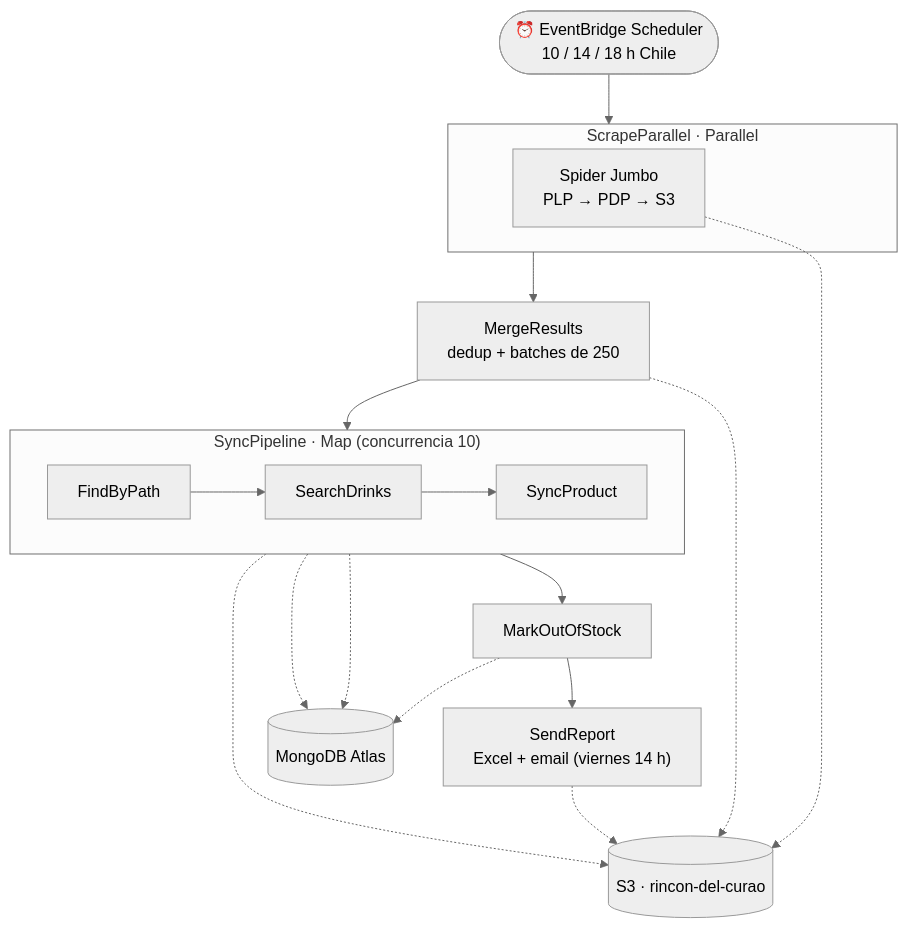
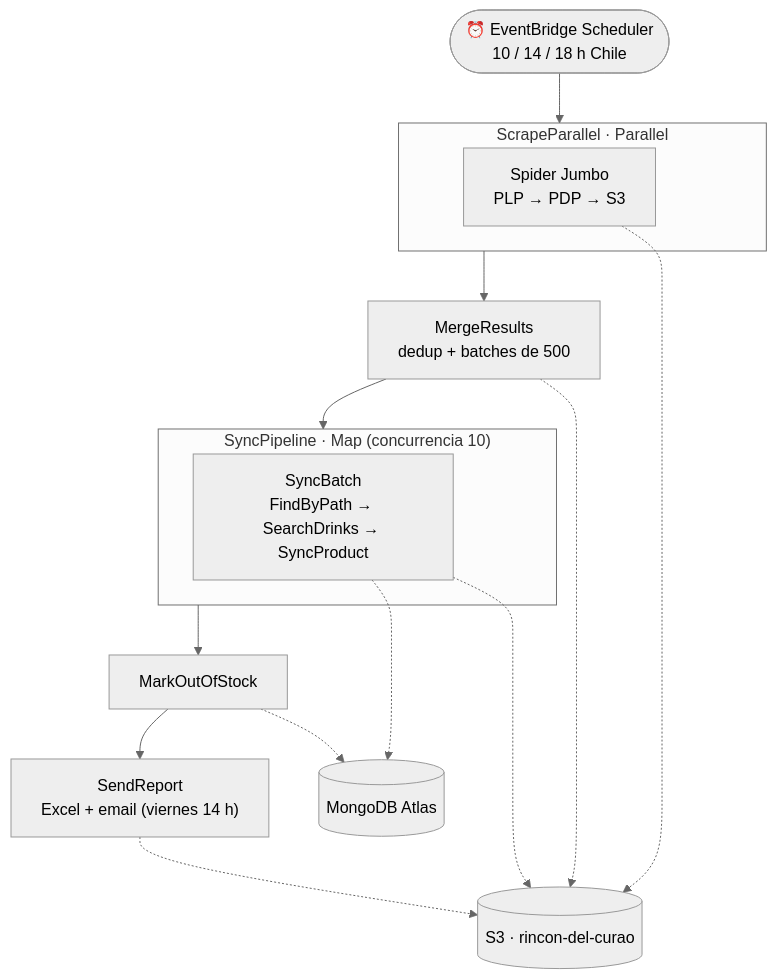
The first of 2 diagrams in README.md (Unnunoctio/rdc-scraper), drawn with Mermaid (neutral theme) before and after one commit. The commit also changed other lines of this file and 17 other files, not shown here.

First line of the commit message:
refactor: ♻️ unifica el Map del SyncPipeline en un solo Lambda SyncBatch

````diff
--- a/README.md
+++ b/README.md
@@ -25,30 +25,28 @@
 ```mermaid
 flowchart TB
     sched(["⏰ EventBridge Scheduler<br/>10 / 14 / 18 h Chile"]) --> SP
 
     subgraph SP["ScrapeParallel · Parallel"]
         jumbo["Spider Jumbo<br/>PLP → PDP → S3"]
     end
 
-    SP --> MR["MergeResults<br/>dedup + batches de 250"]
+    SP --> MR["MergeResults<br/>dedup + batches de 500"]
     MR --> MAP
 
     subgraph MAP["SyncPipeline · Map (concurrencia 10)"]
-        direction LR
-        FBP["FindByPath"] --> SD["SearchDrinks"] --> SPr["SyncProduct"]
+        SB["SyncBatch<br/>FindByPath → SearchDrinks → SyncProduct"]
     end
 
     MAP --> MOOS["MarkOutOfStock"]
     MOOS --> RPT["SendReport<br/>Excel + email (viernes 14 h)"]
 
     s3[("S3 · rincon-del-curao")]
     mongo[("MongoDB Atlas")]
 
     jumbo -.-> s3
     MR -.-> s3
-    FBP -.-> mongo
-    SPr -.-> mongo
-    SPr -.-> s3
+    SB -.-> mongo
+    SB -.-> s3
     MOOS -.-> mongo
     RPT -.-> s3
 ```
````
